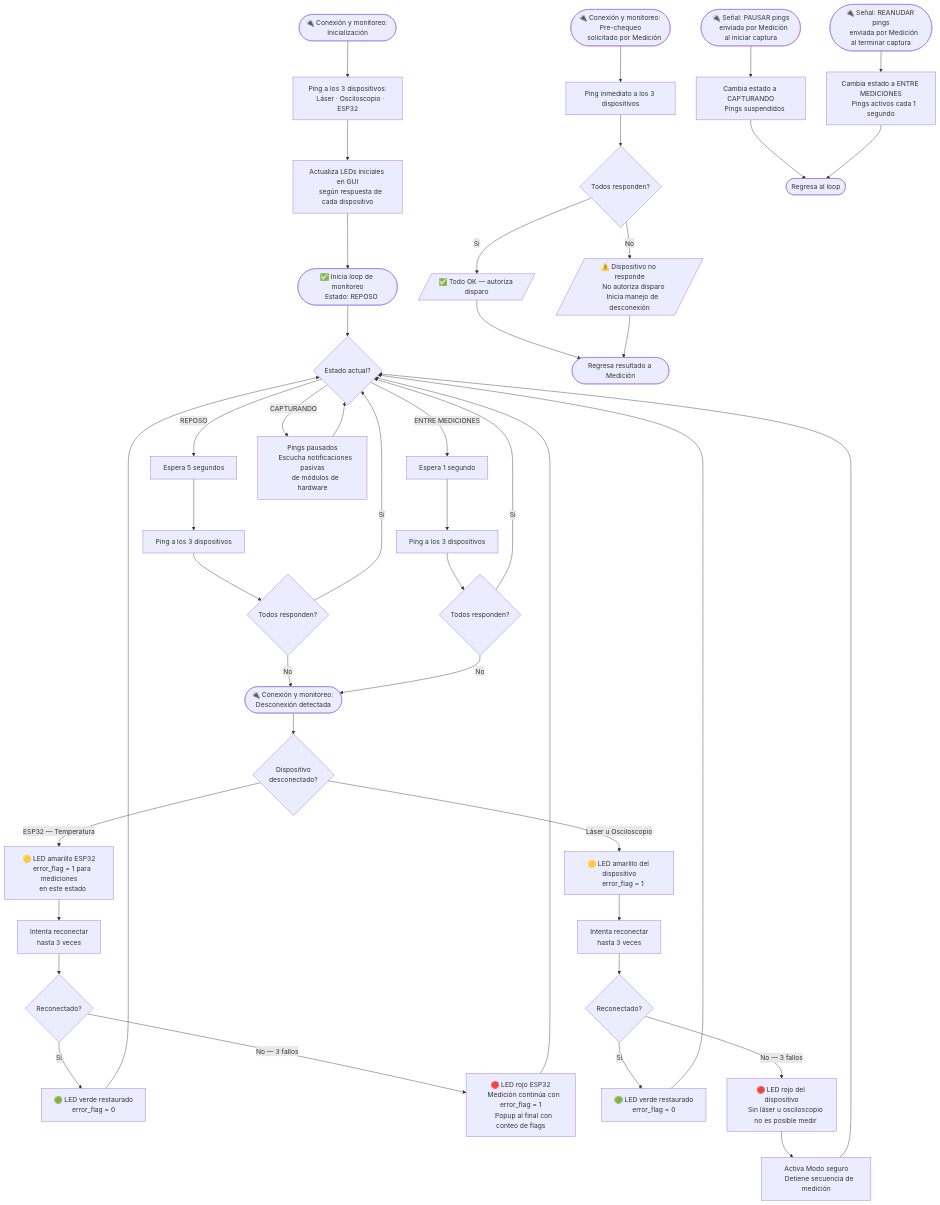
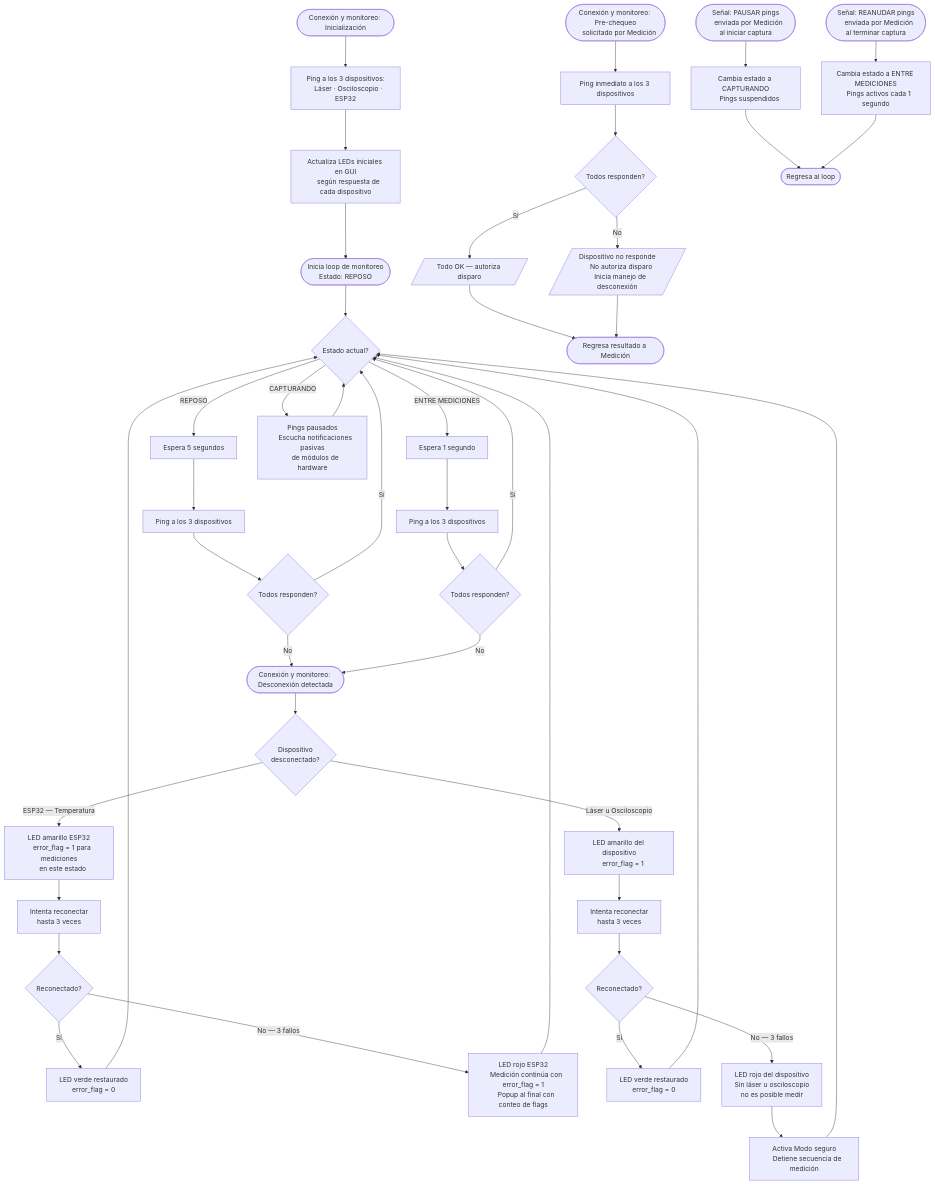
One commit to EvandherZarco/automatizacion_del_osciloscopio changed the diagram in Tesis documento/Diagramas/modulo_conexion_monitoreo.mermaid. Above: the diagram before and after it, drawn with Mermaid. The commit also changed 19 other files, not shown here.

Commit message:
Correcciones de redaccion en capitulos 2, 3, 4 y 5; diagrama de arquitectura; limpieza de diagramas mermaid

```diff
--- a/Tesis documento/Diagramas/modulo_conexion_monitoreo.mermaid
+++ b/Tesis documento/Diagramas/modulo_conexion_monitoreo.mermaid
@@ -1,102 +1,102 @@
 flowchart TD
 
     %% ─────────────────────────────
     %% SUB-FLUJO 1: INICIALIZACIÓN
     %% ─────────────────────────────
-    INIT([🔌 Conexión y monitoreo: Inicialización])
+    INIT([Conexión y monitoreo: Inicialización])
     INIT --> PINGALL["Ping a los 3 dispositivos:
     Láser · Osciloscopio · ESP32"]
     PINGALL --> SETLEDS["Actualiza LEDs iniciales en GUI
     según respuesta de cada dispositivo"]
-    SETLEDS --> LOOPSTART(["✅ Inicia loop de monitoreo
+    SETLEDS --> LOOPSTART(["Inicia loop de monitoreo
     Estado: REPOSO"])
 
     %% ─────────────────────────────
     %% SUB-FLUJO 2: LOOP DE MONITOREO
     %% ─────────────────────────────
     LOOPSTART --> CHECKSTATE{Estado actual?}
 
     CHECKSTATE --> |REPOSO| WAIT5["Espera 5 segundos"]
     WAIT5 --> PINGREPOSO["Ping a los 3 dispositivos"]
     PINGREPOSO --> EVALREPOSO{Todos responden?}
     EVALREPOSO --> |Sí| CHECKSTATE
     EVALREPOSO --> |No| HANDLE
 
     CHECKSTATE --> |ENTRE MEDICIONES| WAIT1["Espera 1 segundo"]
     WAIT1 --> PINGENTREMEDICIONES["Ping a los 3 dispositivos"]
     PINGENTREMEDICIONES --> EVALENTRE{Todos responden?}
     EVALENTRE --> |Sí| CHECKSTATE
     EVALENTRE --> |No| HANDLE
 
     CHECKSTATE --> |CAPTURANDO| PAUSADO["Pings pausados
     Escucha notificaciones pasivas
     de módulos de hardware"]
     PAUSADO --> CHECKSTATE
 
     %% ─────────────────────────────
     %% SUB-FLUJO 3: MANEJAR DESCONEXIÓN
     %% (por ping fallido o notificación pasiva)
     %% ─────────────────────────────
-    HANDLE([🔌 Conexión y monitoreo: Desconexión detectada])
+    HANDLE([Conexión y monitoreo: Desconexión detectada])
     HANDLE --> WHICHDEV{Dispositivo
     desconectado?}
 
-    WHICHDEV --> |ESP32 — Temperatura| HANDLEESP["🟡 LED amarillo ESP32
+    WHICHDEV --> |ESP32 — Temperatura| HANDLEESP["LED amarillo ESP32
     error_flag = 1 para mediciones
     en este estado"]
     HANDLEESP --> RETRYESP["Intenta reconectar
     hasta 3 veces"]
     RETRYESP --> ESPOK{Reconectado?}
-    ESPOK --> |Sí| RESTOREESP["🟢 LED verde restaurado
+    ESPOK --> |Sí| RESTOREESP["LED verde restaurado
     error_flag = 0"]
     RESTOREESP --> CHECKSTATE
-    ESPOK --> |No — 3 fallos| ESPREDFAIL["🔴 LED rojo ESP32
+    ESPOK --> |No — 3 fallos| ESPREDFAIL["LED rojo ESP32
     Medición continúa con error_flag = 1
     Popup al final con conteo de flags"]
     ESPREDFAIL --> CHECKSTATE
 
-    WHICHDEV --> |Láser u Osciloscopio| HANDLECRIT["🟡 LED amarillo del dispositivo
+    WHICHDEV --> |Láser u Osciloscopio| HANDLECRIT["LED amarillo del dispositivo
     error_flag = 1"]
     HANDLECRIT --> RETRYCRIT["Intenta reconectar
     hasta 3 veces"]
     RETRYCRIT --> CRITOK{Reconectado?}
-    CRITOK --> |Sí| RESTORECRIT["🟢 LED verde restaurado
+    CRITOK --> |Sí| RESTORECRIT["LED verde restaurado
     error_flag = 0"]
     RESTORECRIT --> CHECKSTATE
-    CRITOK --> |No — 3 fallos| CRITFAIL["🔴 LED rojo del dispositivo
+    CRITOK --> |No — 3 fallos| CRITFAIL["LED rojo del dispositivo
     Sin láser u osciloscopio
     no es posible medir"]
     CRITFAIL --> SAFETRIG["Activa Modo seguro
     Detiene secuencia de medición"]
     SAFETRIG --> CHECKSTATE
 
     %% ─────────────────────────────
     %% SUB-FLUJO 4: PRE-CHEQUEO
     %% (solicitado por Medición antes de disparar)
     %% ─────────────────────────────
-    PRECHECK([🔌 Conexión y monitoreo: Pre-chequeo
+    PRECHECK([Conexión y monitoreo: Pre-chequeo
     solicitado por Medición])
     PRECHECK --> PINGPRE["Ping inmediato a los 3 dispositivos"]
     PINGPRE --> PREOK{Todos responden?}
-    PREOK --> |Sí| PREOKRET[/"✅ Todo OK — autoriza disparo"/]
-    PREOK --> |No| PRENOK[/"⚠️ Dispositivo no responde
+    PREOK --> |Sí| PREOKRET[/"Todo OK — autoriza disparo"/]
+    PREOK --> |No| PRENOK[/"Dispositivo no responde
     No autoriza disparo
     Inicia manejo de desconexión"/]
     PREOKRET --> PRECALLER([Regresa resultado a Medición])
     PRENOK --> PRECALLER
 
     %% ─────────────────────────────
     %% SUB-FLUJO 5: PAUSA Y REANUDACIÓN
     %% (señales de Medición)
     %% ─────────────────────────────
-    PAUSAR([🔌 Señal: PAUSAR pings
+    PAUSAR([Señal: PAUSAR pings
     enviada por Medición al iniciar captura])
     PAUSAR --> SETCAP["Cambia estado a CAPTURANDO
     Pings suspendidos"]
     SETCAP --> LOOPBACK([Regresa al loop])
 
-    REANUDAR([🔌 Señal: REANUDAR pings
+    REANUDAR([Señal: REANUDAR pings
     enviada por Medición al terminar captura])
     REANUDAR --> SETENTRE["Cambia estado a ENTRE MEDICIONES
     Pings activos cada 1 segundo"]
     SETENTRE --> LOOPBACK
```
